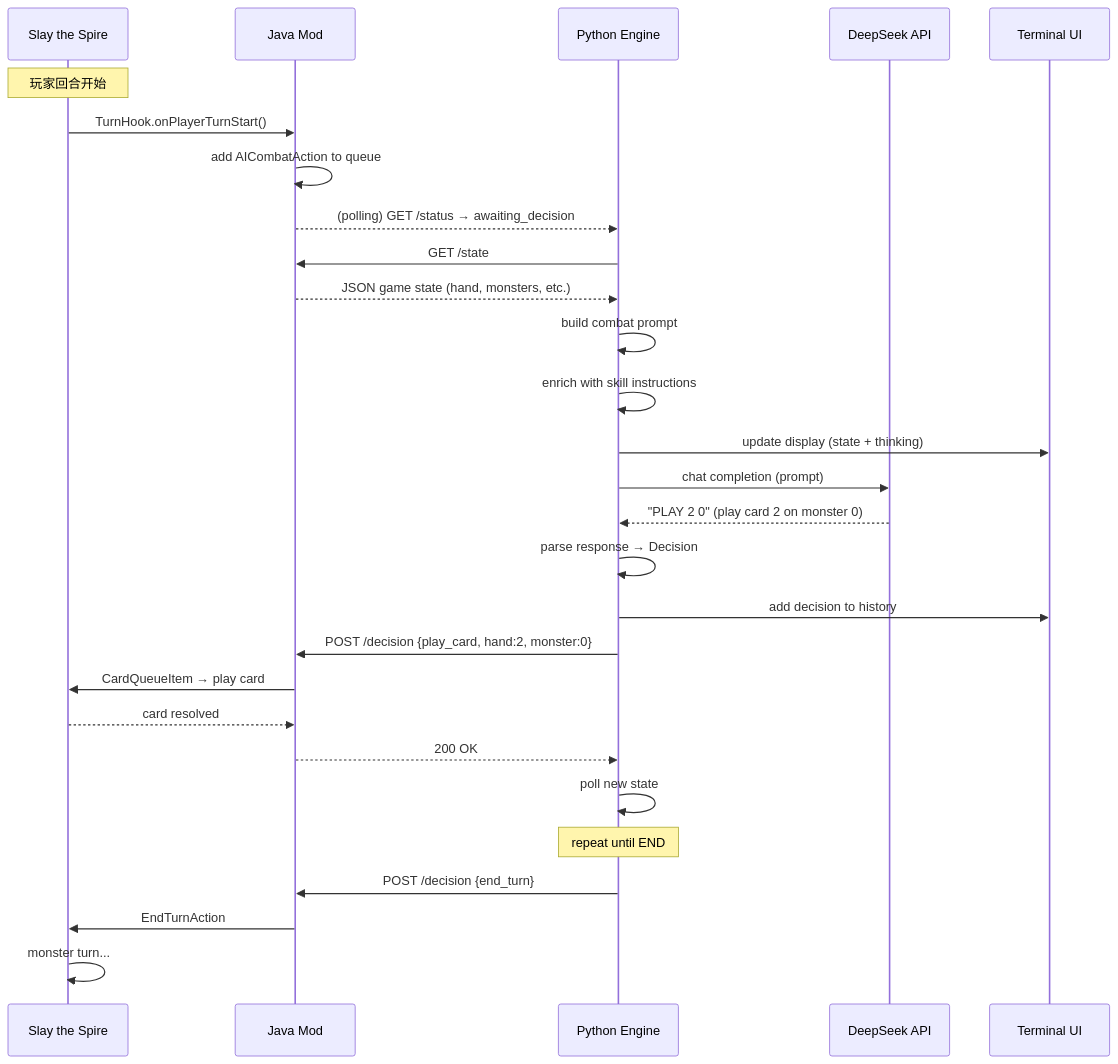
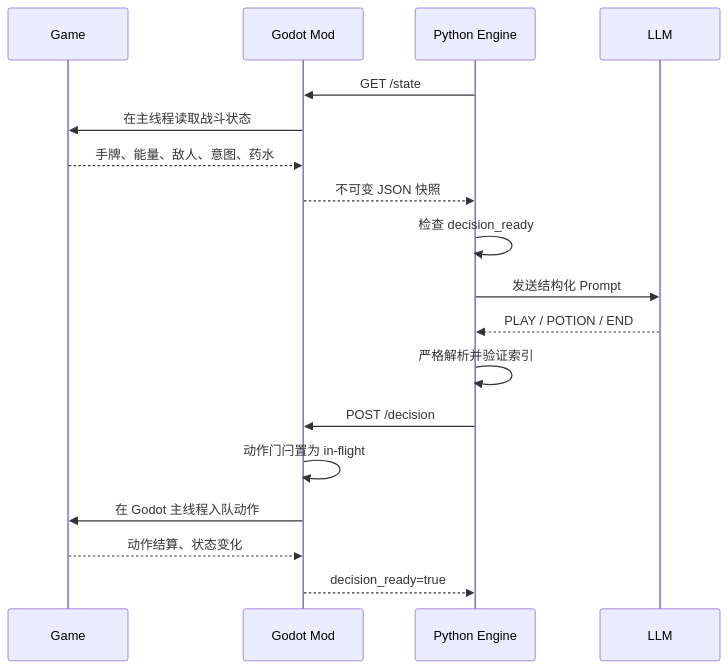
One commit to Hang-Edward/Agent-For-Slay-The-Spire-2 changed the second of 2 diagrams in architecture/README.md. Above: the diagram before and after it, drawn with Mermaid. The commit also changed other lines of this file and 65 other files, not shown here.

Commit message:
Replace Java mod with Godot AI automation

````diff
--- a/architecture/README.md
+++ b/architecture/README.md
@@ -73,38 +52,21 @@
 ```mermaid
 sequenceDiagram
-    participant Game as Slay the Spire
-    participant Mod as Java Mod
-    participant AI as Python Engine
-    participant LLM as DeepSeek API
-    participant TUI as Terminal UI
+    participant G as Game
+    participant M as Godot Mod
+    participant E as Python Engine
+    participant L as LLM
 
-    Note over Game: 玩家回合开始
-    Game->>Mod: TurnHook.onPlayerTurnStart()
-    Mod->>Mod: add AICombatAction to queue
-    Mod-->>AI: (polling) GET /status → awaiting_decision
-    
-    AI->>Mod: GET /state
-    Mod-->>AI: JSON game state (hand, monsters, etc.)
-    
-    AI->>AI: build combat prompt
-    AI->>AI: enrich with skill instructions
-    AI->>TUI: update display (state + thinking)
-    
-    AI->>LLM: chat completion (prompt)
-    LLM-->>AI: "PLAY 2 0" (play card 2 on monster 0)
-    
-    AI->>AI: parse response → Decision
-    AI->>TUI: add decision to history
-    
-    AI->>Mod: POST /decision {play_card, hand:2, monster:0}
-    Mod->>Game: CardQueueItem → play card
-    Game-->>Mod: card resolved
-    Mod-->>AI: 200 OK
-    
-    AI->>AI: poll new state
-    Note over AI: repeat until END
-    
-    AI->>Mod: POST /decision {end_turn}
-    Mod->>Game: EndTurnAction
-    Game->>Game: monster turn...
+    E->>M: GET /state
+    M->>G: 在主线程读取战斗状态
+    G-->>M: 手牌、能量、敌人、意图、药水
+    M-->>E: 不可变 JSON 快照
+    E->>E: 检查 decision_ready
+    E->>L: 发送结构化 Prompt
+    L-->>E: PLAY / POTION / END
+    E->>E: 严格解析并验证索引
+    E->>M: POST /decision
+    M->>M: 动作门闩置为 in-flight
+    M->>G: 在 Godot 主线程入队动作
+    G-->>M: 动作结算、状态变化
+    M-->>E: decision_ready=true
 ```
````
